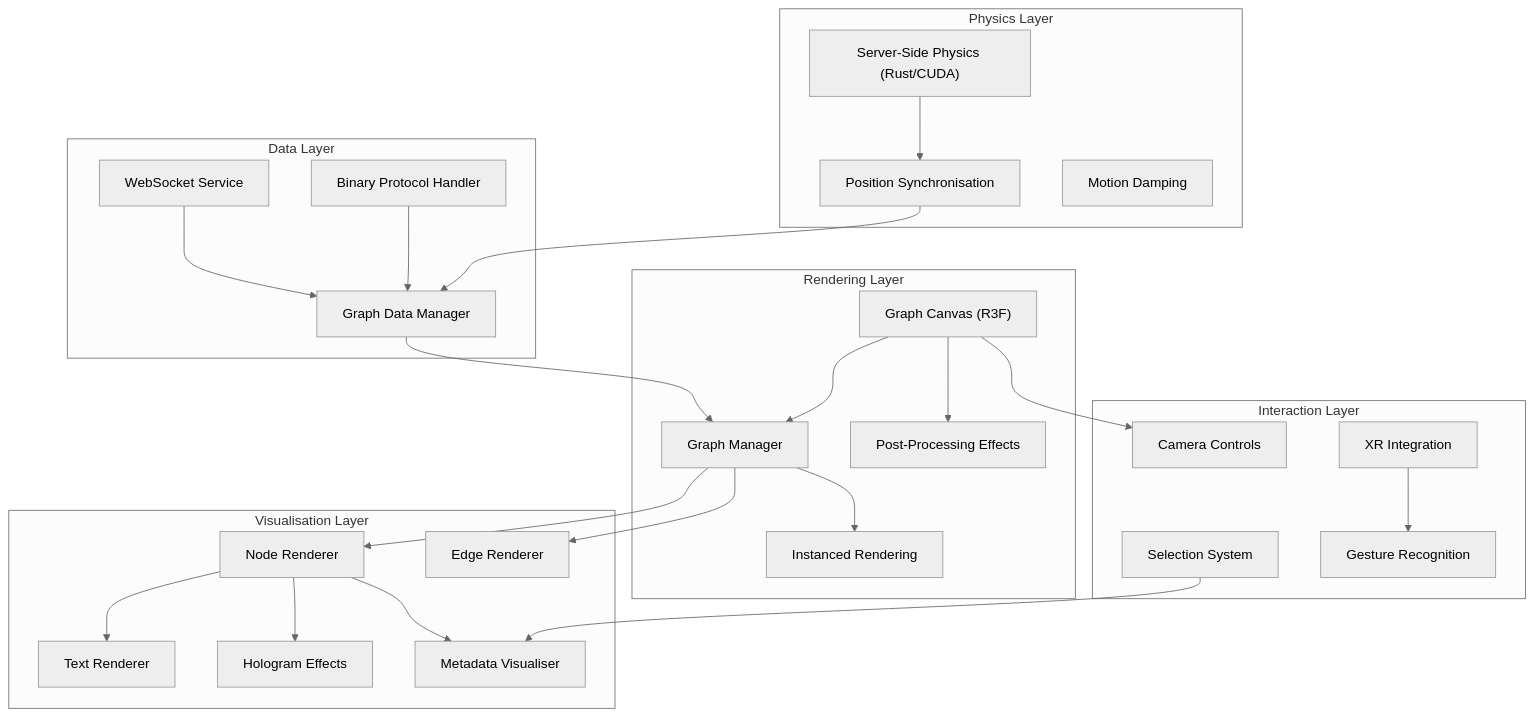
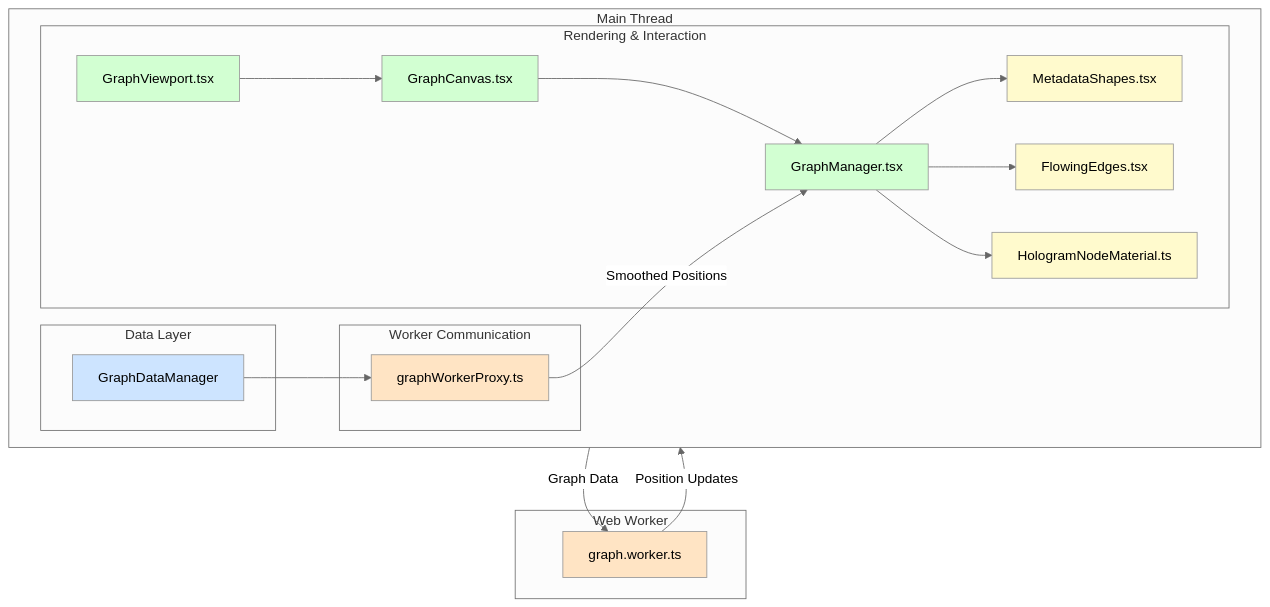
Before and after one commit to DreamLab-AI/VisionFlow: the diagram in docs/client/graph-system.md, drawn with Mermaid (neutral theme). The commit also changed other lines of this file and 31 other files, not shown here.

````diff
--- a/docs/client/graph-system.md
+++ b/docs/client/graph-system.md
@@ -9,56 +9,40 @@
 ```mermaid
 flowchart TB
-    subgraph DataLayer ["Data Layer"]
-        GraphDataMgr["Graph Data Manager"]
-        BinaryProtocol["Binary Protocol Handler"]
-        WebSocketSvc["WebSocket Service"]
+    subgraph MainThread ["Main Thread"]
+        direction LR
+        subgraph DataLayer ["Data Layer"]
+            GDM["GraphDataManager"]
+        end
+
+        subgraph RenderingLayer ["Rendering & Interaction"]
+            GV["GraphViewport.tsx"] --> GC["GraphCanvas.tsx"]
+            GC --> GM["GraphManager.tsx"]
+            GM --> MS["MetadataShapes.tsx"]
+            GM --> FE["FlowingEdges.tsx"]
+            GM --> HNM["HologramNodeMaterial.ts"]
+        end
+
+        subgraph WorkerCommunication ["Worker Communication"]
+            GWP["graphWorkerProxy.ts"]
+        end
     end
-    
-    subgraph PhysicsLayer ["Physics Layer"]
-        ServerPhysics["Server-Side Physics (Rust/CUDA)"]
-        PositionSync["Position Synchronisation"]
-        MotionDamping["Motion Damping"]
+
+    subgraph WorkerThread ["Web Worker"]
+        GW["graph.worker.ts"]
     end
-    
-    subgraph RenderingLayer ["Rendering Layer"]
-        GraphCanvas["Graph Canvas (R3F)"]
-        GraphManager["Graph Manager"]
-        InstancedRendering["Instanced Rendering"]
-        PostProcessing["Post-Processing Effects"]
-    end
-    
-    subgraph VisualisationLayer ["Visualisation Layer"]
-        NodeRenderer["Node Renderer"]
-        EdgeRenderer["Edge Renderer"] 
-        TextRenderer["Text Renderer"]
-        HologramEffects["Hologram Effects"]
-        MetadataViz["Metadata Visualiser"]
-    end
-    
-    subgraph InteractionLayer ["Interaction Layer"]
-        CameraControls["Camera Controls"]
-        Selection["Selection System"]
-        XRIntegration["XR Integration"]
-        GestureRecognition["Gesture Recognition"]
-    end
-    
-    WebSocketSvc --> GraphDataMgr
-    BinaryProtocol --> GraphDataMgr
-    ServerPhysics --> PositionSync
-    PositionSync --> GraphDataMgr
-    
-    GraphDataMgr --> GraphManager
-    GraphCanvas --> GraphManager
-    GraphManager --> NodeRenderer
-    GraphManager --> EdgeRenderer
-    GraphManager --> InstancedRendering
-    
-    NodeRenderer --> TextRenderer
-    NodeRenderer --> HologramEffects
-    NodeRenderer --> MetadataViz
-    
-    GraphCanvas --> CameraControls
-    GraphCanvas --> PostProcessing
-    Selection --> MetadataViz
-    XRIntegration --> GestureRecognition
+
+    GDM --> GWP
+    GWP -- Graph Data --> GW
+    GW -- Position Updates --> GWP
+    GWP -- Smoothed Positions --> GM
+
+    style GDM fill:#cde4ff
+    style GV fill:#d2ffd2
+    style GC fill:#d2ffd2
+    style GM fill:#d2ffd2
+    style GWP fill:#ffe4c4
+    style GW fill:#ffe4c4
+    style HNM fill:#fffacd
+    style MS fill:#fffacd
+    style FE fill:#fffacd
 ```
````
